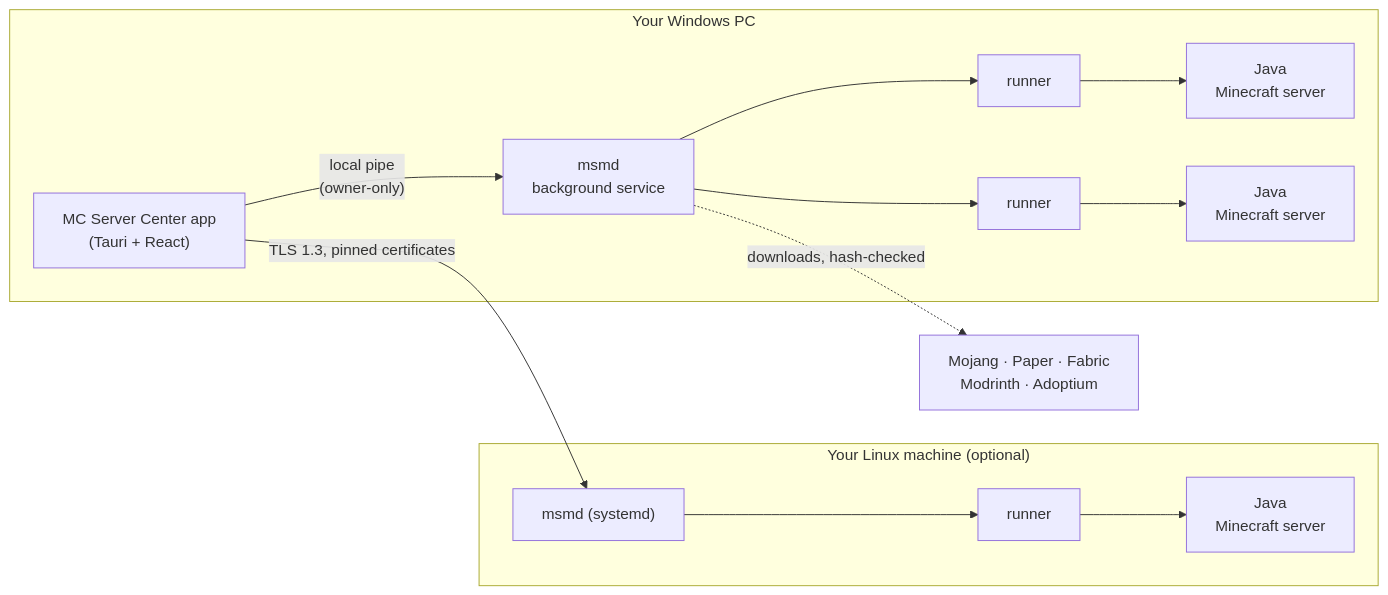
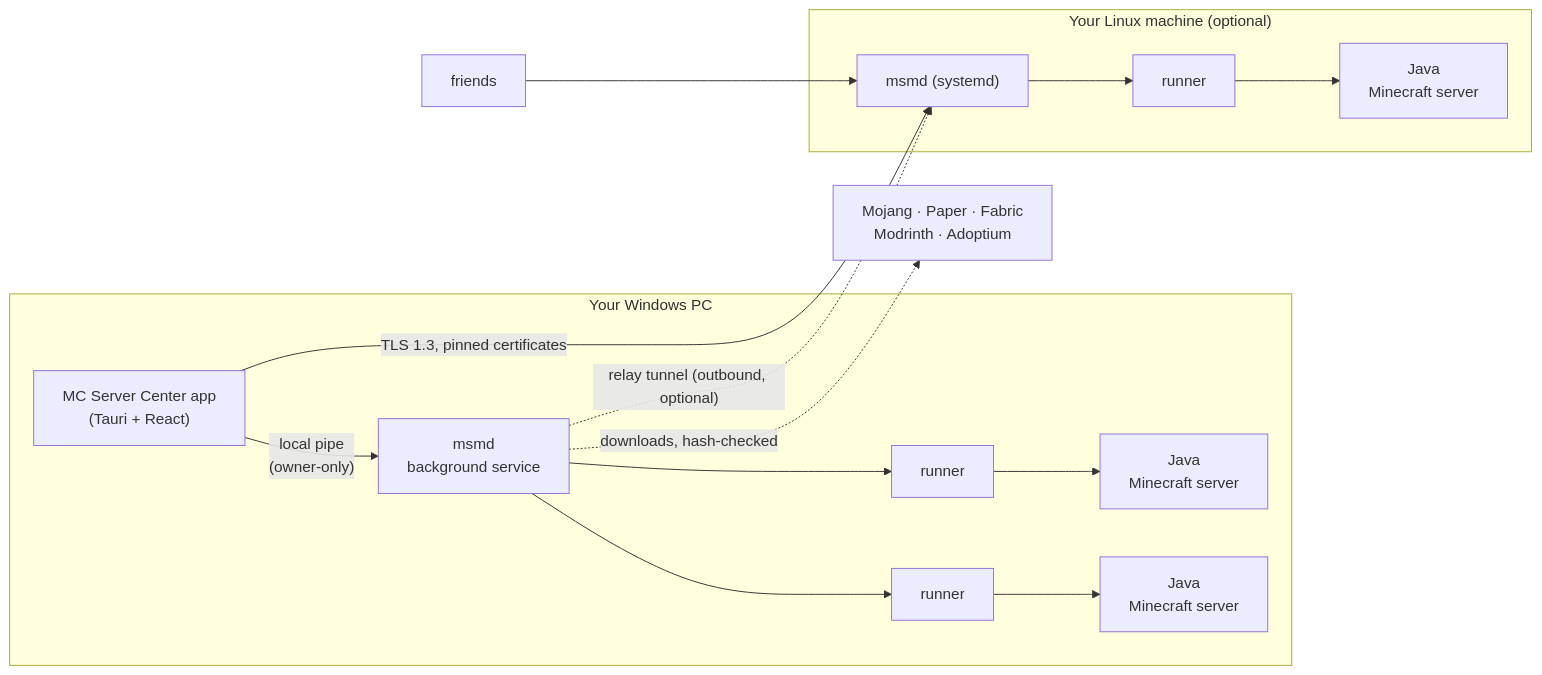
The diagram in README.md (SinghZoren/mc-server-center), drawn with Mermaid before and after one commit. The commit also changed other lines of this file and 17 other files, not shown here.

````diff
--- a/README.md
+++ b/README.md
@@ -350,17 +384,19 @@
 ```mermaid
 flowchart LR
   subgraph PC["Your Windows PC"]
     UI["MC Server Center app<br/>(Tauri + React)"]
     D["msmd<br/>background service"]
     R1["runner"] --> J1["Java<br/>Minecraft server"]
     R2["runner"] --> J2["Java<br/>Minecraft server"]
     UI -- "local pipe<br/>(owner-only)" --> D
     D --> R1
     D --> R2
   end
   subgraph Linux["Your Linux machine (optional)"]
     LD["msmd (systemd)"] --> LR["runner"] --> LJ["Java<br/>Minecraft server"]
   end
   UI -- "TLS 1.3, pinned certificates" --> LD
+  D -. "relay tunnel (outbound, optional)" .-> LD
+  FR["friends"] --> LD
   D -. "downloads, hash-checked" .-> UP["Mojang · Paper · Fabric<br/>Modrinth · Adoptium"]
 ```
````
